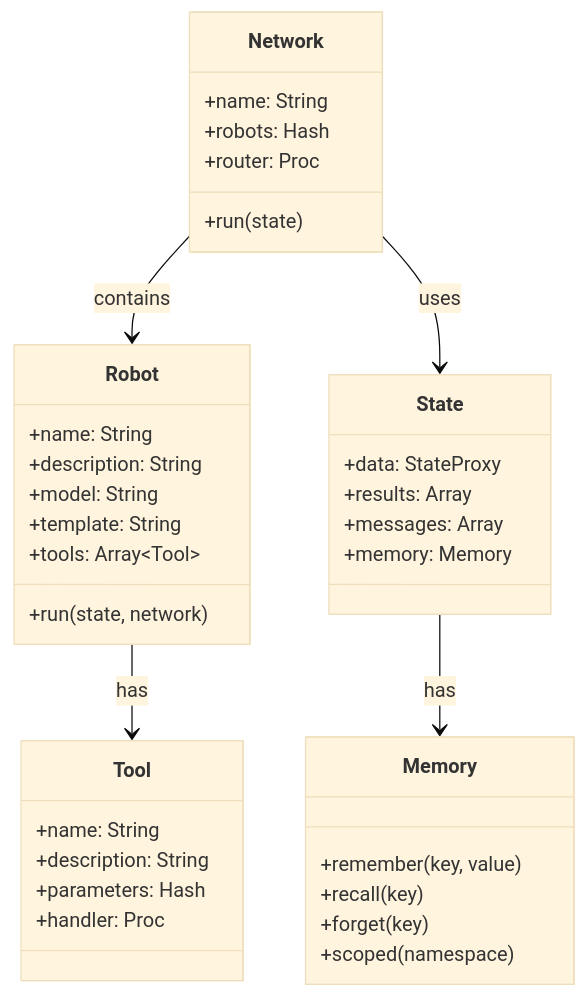
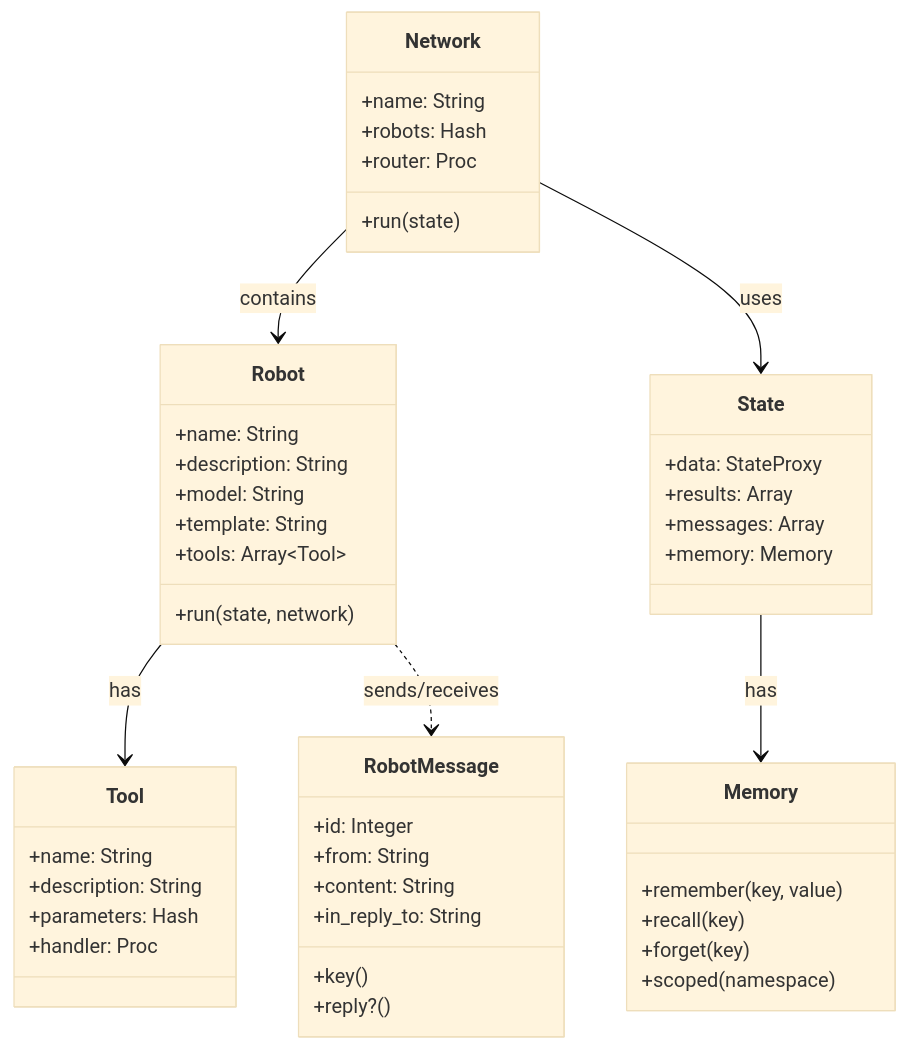
The diagram in docs/api/core/index.md (MadBomber/robot_lab), drawn with Mermaid (base theme) before and after one commit. The commit also changed other lines of this file and 8 other files, not shown here.

First line of the commit message:
feat(message-bus): add TypedBus messaging capabilities to RobotLab

````diff
--- a/docs/api/core/index.md
+++ b/docs/api/core/index.md
@@ -7,44 +7,54 @@
 ```mermaid
 classDiagram
     class Robot {
         +name: String
         +description: String
         +model: String
         +template: String
         +tools: Array~Tool~
         +run(state, network)
     }
 
     class Network {
         +name: String
         +robots: Hash
         +router: Proc
         +run(state)
     }
 
     class State {
         +data: StateProxy
         +results: Array
         +messages: Array
         +memory: Memory
     }
 
     class Tool {
         +name: String
         +description: String
         +parameters: Hash
         +handler: Proc
     }
 
     class Memory {
         +remember(key, value)
         +recall(key)
         +forget(key)
         +scoped(namespace)
     }
 
+    class RobotMessage {
+        +id: Integer
+        +from: String
+        +content: String
+        +in_reply_to: String
+        +key()
+        +reply?()
+    }
+
     Network --> Robot : contains
     Robot --> Tool : has
     State --> Memory : has
     Network --> State : uses
+    Robot ..> RobotMessage : sends/receives
 ```
````
